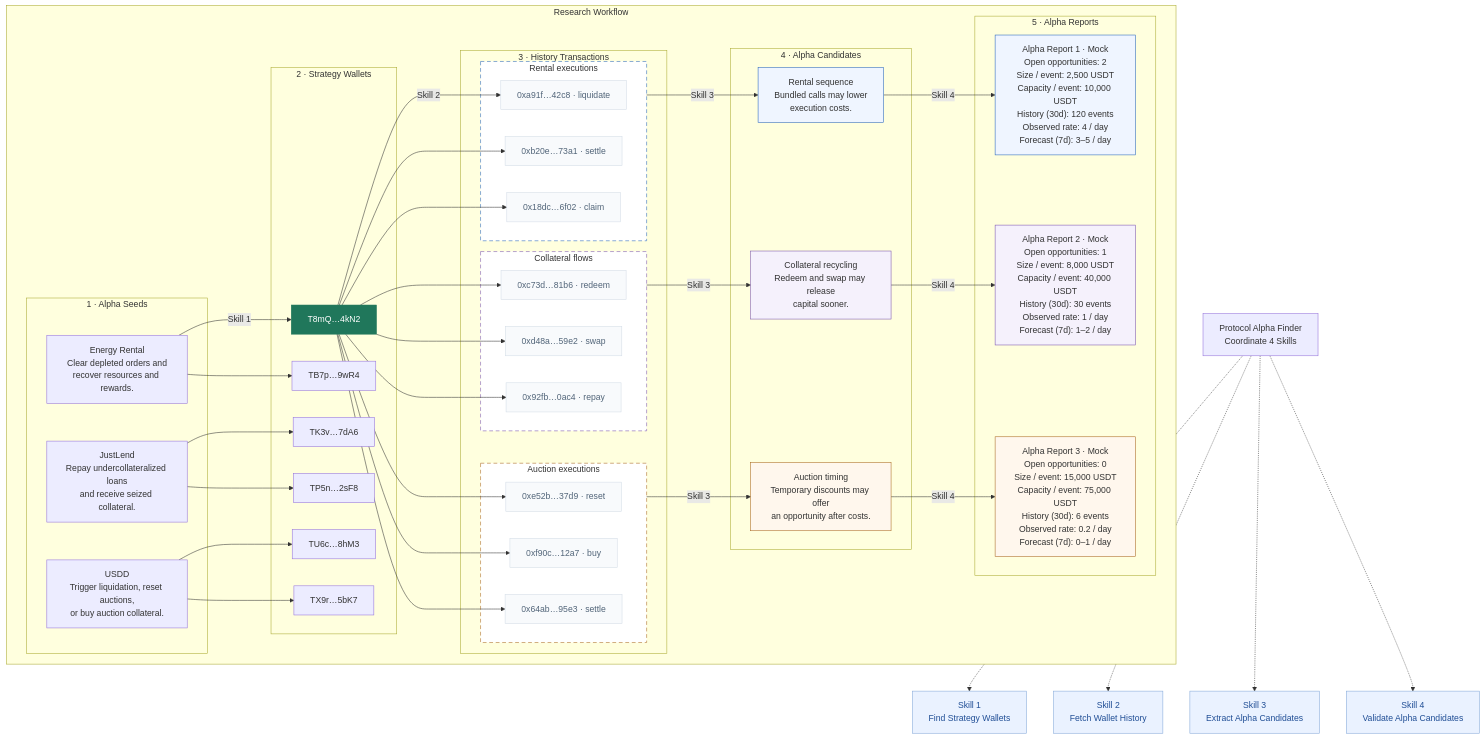
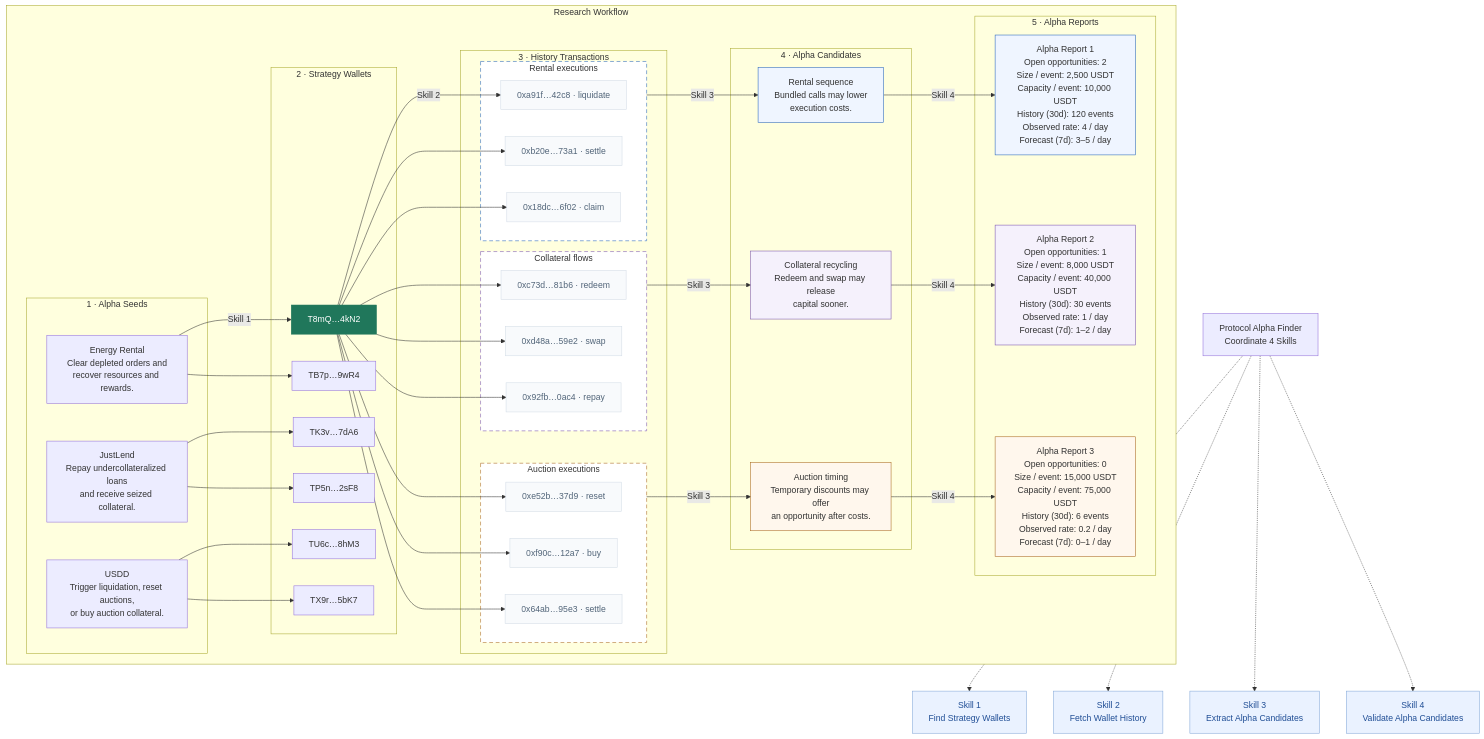
One commit to qinyh10300/protocol-alpha-finder changed the diagram in docs/diagrams/system-architecture-en.mmd. Above: the diagram before and after it, drawn with Mermaid. The commit also changed 6 other files, not shown here.

Commit message:
Remove visible mock labels from architecture diagram

```diff
--- a/docs/diagrams/system-architecture-en.mmd
+++ b/docs/diagrams/system-architecture-en.mmd
@@ -1,98 +1,98 @@
 flowchart TB
     subgraph FLOW["Research Workflow"]
         direction LR
         subgraph SEEDS["1 · Alpha Seeds"]
             SEED0["Energy Rental<br/>Clear depleted orders and<br/>recover resources and rewards."]
             SEED1["JustLend<br/>Repay undercollateralized loans<br/>and receive seized collateral."]
             SEED2["USDD<br/>Trigger liquidation, reset auctions,<br/>or buy auction collateral."]
         end
         subgraph WALLETS["2 · Strategy Wallets"]
             WALLET0["T8mQ…4kN2"]
             WALLET1["TB7p…9wR4"]
             WALLET2["TK3v…7dA6"]
             WALLET3["TP5n…2sF8"]
             WALLET4["TU6c…8hM3"]
             WALLET5["TX9r…5bK7"]
         end
         subgraph HISTORYS["3 · History Transactions"]
             subgraph HISTORY0["Rental executions"]
                 TX00["0xa91f…42c8 · liquidate"]
                 TX01["0xb20e…73a1 · settle"]
                 TX02["0x18dc…6f02 · claim"]
             end
             subgraph HISTORY1["Collateral flows"]
                 TX10["0xc73d…81b6 · redeem"]
                 TX11["0xd48a…59e2 · swap"]
                 TX12["0x92fb…0ac4 · repay"]
             end
             subgraph HISTORY2["Auction executions"]
                 TX20["0xe52b…37d9 · reset"]
                 TX21["0xf90c…12a7 · buy"]
                 TX22["0x64ab…95e3 · settle"]
             end
         end
         subgraph CANDIDATES["4 · Alpha Candidates"]
             CANDIDATE0["Rental sequence<br/>Bundled calls may lower<br/>execution costs."]
             CANDIDATE1["Collateral recycling<br/>Redeem and swap may release<br/>capital sooner."]
             CANDIDATE2["Auction timing<br/>Temporary discounts may offer<br/>an opportunity after costs."]
         end
         subgraph REPORTS["5 · Alpha Reports"]
-            REPORT0["Alpha Report 1 · Mock<br/>Open opportunities: 2<br/>Size / event: 2,500 USDT<br/>Capacity / event: 10,000 USDT<br/>History (30d): 120 events<br/>Observed rate: 4 / day<br/>Forecast (7d): 3–5 / day"]
-            REPORT1["Alpha Report 2 · Mock<br/>Open opportunities: 1<br/>Size / event: 8,000 USDT<br/>Capacity / event: 40,000 USDT<br/>History (30d): 30 events<br/>Observed rate: 1 / day<br/>Forecast (7d): 1–2 / day"]
-            REPORT2["Alpha Report 3 · Mock<br/>Open opportunities: 0<br/>Size / event: 15,000 USDT<br/>Capacity / event: 75,000 USDT<br/>History (30d): 6 events<br/>Observed rate: 0.2 / day<br/>Forecast (7d): 0–1 / day"]
+            REPORT0["Alpha Report 1<br/>Open opportunities: 2<br/>Size / event: 2,500 USDT<br/>Capacity / event: 10,000 USDT<br/>History (30d): 120 events<br/>Observed rate: 4 / day<br/>Forecast (7d): 3–5 / day"]
+            REPORT1["Alpha Report 2<br/>Open opportunities: 1<br/>Size / event: 8,000 USDT<br/>Capacity / event: 40,000 USDT<br/>History (30d): 30 events<br/>Observed rate: 1 / day<br/>Forecast (7d): 1–2 / day"]
+            REPORT2["Alpha Report 3<br/>Open opportunities: 0<br/>Size / event: 15,000 USDT<br/>Capacity / event: 75,000 USDT<br/>History (30d): 6 events<br/>Observed rate: 0.2 / day<br/>Forecast (7d): 0–1 / day"]
         end
         SEED0 -->|Skill 1| WALLET0
         SEED0 --> WALLET1
         SEED1 --> WALLET2
         SEED1 --> WALLET3
         SEED2 --> WALLET4
         SEED2 --> WALLET5
         WALLET0 -->|Skill 2| TX00
         WALLET0 --> TX01
         WALLET0 --> TX02
         WALLET0 --> TX10
         WALLET0 --> TX11
         WALLET0 --> TX12
         WALLET0 --> TX20
         WALLET0 --> TX21
         WALLET0 --> TX22
         HISTORY0 -->|Skill 3| CANDIDATE0
         HISTORY1 -->|Skill 3| CANDIDATE1
         HISTORY2 -->|Skill 3| CANDIDATE2
         CANDIDATE0 -->|Skill 4| REPORT0
         CANDIDATE1 -->|Skill 4| REPORT1
         CANDIDATE2 -->|Skill 4| REPORT2
     end
     S1["Skill 1<br/>Find Strategy Wallets"]
     S2["Skill 2<br/>Fetch Wallet History"]
     S3["Skill 3<br/>Extract Alpha Candidates"]
     S4["Skill 4<br/>Validate Alpha Candidates"]
     COORD["Protocol Alpha Finder<br/>Coordinate 4 Skills"]
     COORD -.-> S1
     COORD -.-> S2
     COORD -.-> S3
     COORD -.-> S4
     style WALLET0 fill:#20775b,stroke:#20775b,color:#ffffff
     style S1 fill:#eaf2ff,stroke:#83a8d8,color:#214f96
     style S2 fill:#eaf2ff,stroke:#83a8d8,color:#214f96
     style S3 fill:#eaf2ff,stroke:#83a8d8,color:#214f96
     style S4 fill:#eaf2ff,stroke:#83a8d8,color:#214f96
     style HISTORY0 fill:#ffffff,stroke:#2563b8,stroke-dasharray:7 5
     style CANDIDATE0 fill:#eff5ff,stroke:#2563b8
     style REPORT0 fill:#eff5ff,stroke:#2563b8
     style TX00 fill:#f8fafc,stroke:#d3dce6,color:#526579
     style TX01 fill:#f8fafc,stroke:#d3dce6,color:#526579
     style TX02 fill:#f8fafc,stroke:#d3dce6,color:#526579
     style HISTORY1 fill:#ffffff,stroke:#7953ad,stroke-dasharray:7 5
     style CANDIDATE1 fill:#f5f1fc,stroke:#7953ad
     style REPORT1 fill:#f5f1fc,stroke:#7953ad
     style TX10 fill:#f8fafc,stroke:#d3dce6,color:#526579
     style TX11 fill:#f8fafc,stroke:#d3dce6,color:#526579
     style TX12 fill:#f8fafc,stroke:#d3dce6,color:#526579
     style HISTORY2 fill:#ffffff,stroke:#a8661e,stroke-dasharray:7 5
     style CANDIDATE2 fill:#fff7ed,stroke:#a8661e
     style REPORT2 fill:#fff7ed,stroke:#a8661e
     style TX20 fill:#f8fafc,stroke:#d3dce6,color:#526579
     style TX21 fill:#f8fafc,stroke:#d3dce6,color:#526579
     style TX22 fill:#f8fafc,stroke:#d3dce6,color:#526579
     %% Illustrative addresses, transactions, and report contents. Skill 2 fetches the selected wallet's transaction history; three dashed evidence groups support three candidate hypotheses. Skill 4 validates each candidate to produce its own Alpha Report. Protocol Alpha Finder coordinates four operations. Collection and review are initiated manually, with historical coverage recorded explicitly. Mock metrics only · Size = typical capital per event; capacity = maximum capital per event. Forecasts illustrate the next 7 days.
```
